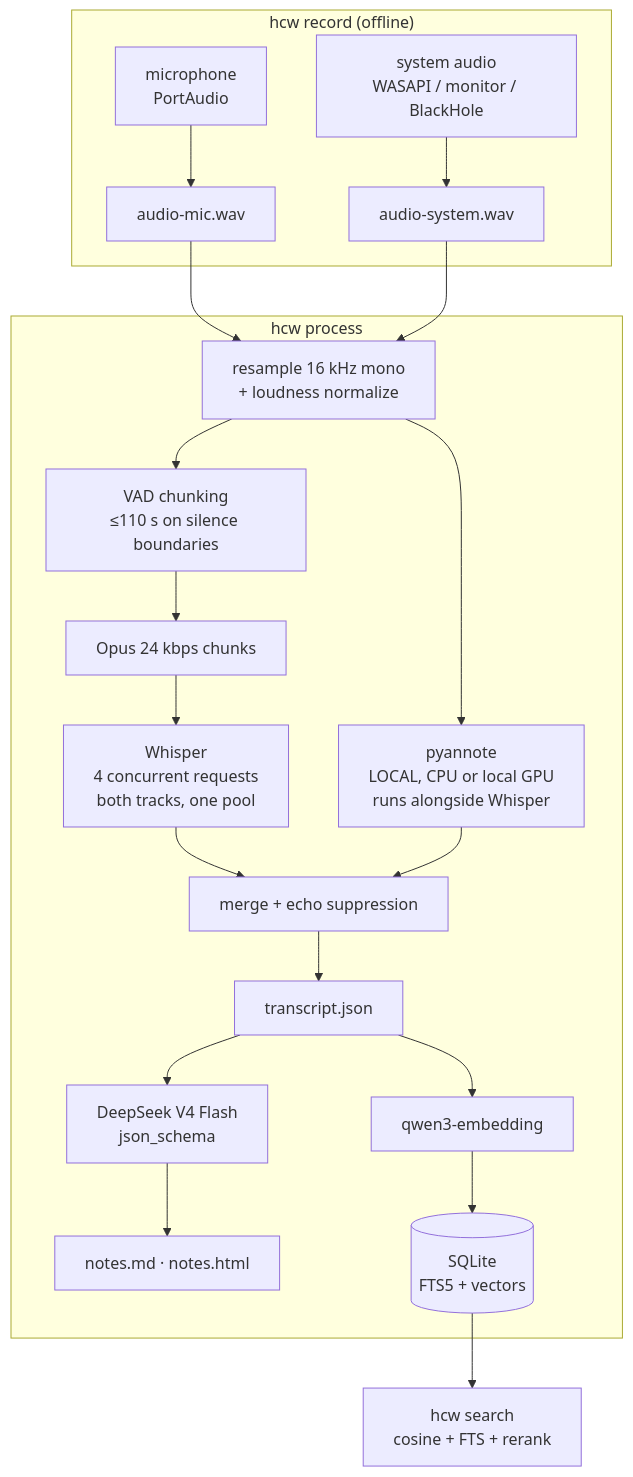
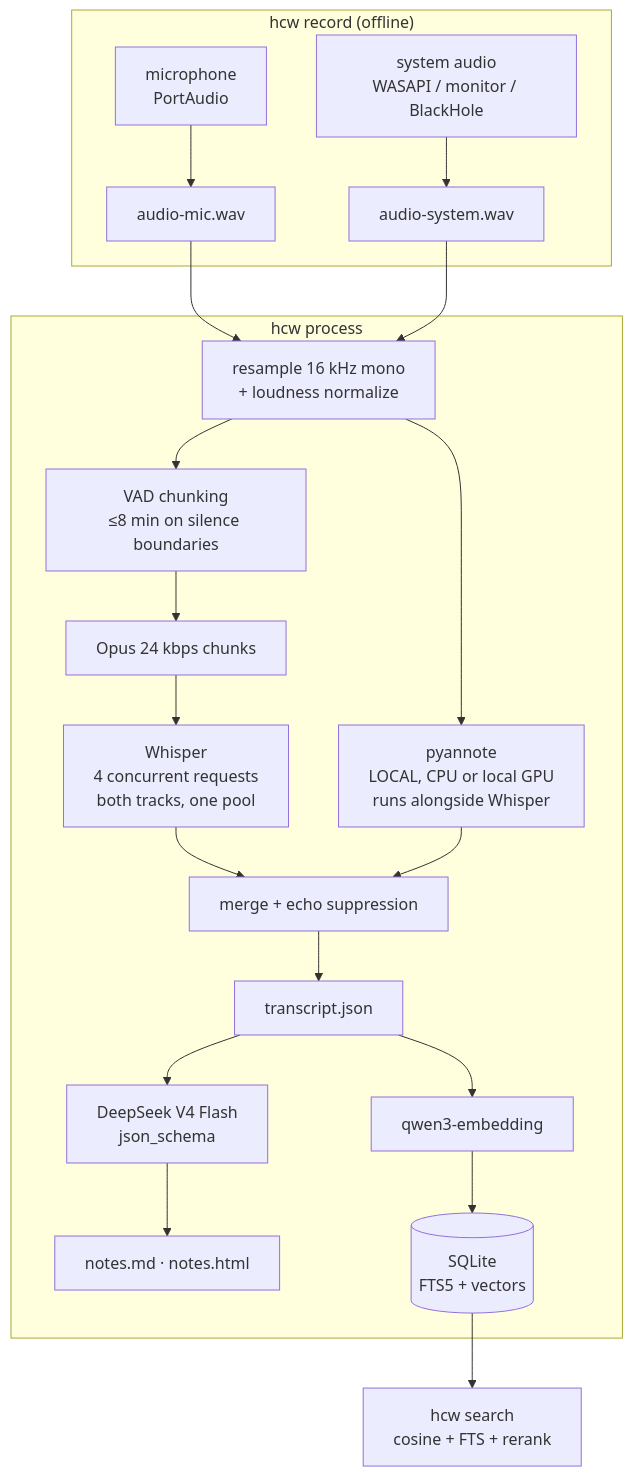
Before and after one commit to helmcode/helmcode-whisper: the diagram in README.md, drawn with Mermaid. The commit also changed other lines of this file and 5 other files, not shown here.

````diff
--- a/README.md
+++ b/README.md
@@ -241,25 +241,25 @@
 ```mermaid
 flowchart TB
     subgraph rec["hcw record (offline)"]
         MIC["microphone<br/>PortAudio"] --> MICWAV["audio-mic.wav"]
         SYS["system audio<br/>WASAPI / monitor / BlackHole"] --> SYSWAV["audio-system.wav"]
     end
 
     subgraph proc["hcw process"]
         MICWAV --> PREP["resample 16 kHz mono<br/>+ loudness normalize"]
         SYSWAV --> PREP
-        PREP --> VAD["VAD chunking<br/>≤110 s on silence boundaries"]
+        PREP --> VAD["VAD chunking<br/>≤8 min on silence boundaries"]
         VAD --> OPUS["Opus 24 kbps chunks"]
         OPUS --> STT["Whisper<br/>4 concurrent requests<br/>both tracks, one pool"]
         PREP --> DIA["pyannote<br/>LOCAL, CPU or local GPU<br/>runs alongside Whisper"]
         STT --> MERGE["merge + echo suppression"]
         DIA --> MERGE
         MERGE --> TRANS["transcript.json"]
         TRANS --> NOTES["DeepSeek V4 Flash<br/>json_schema"]
         TRANS --> EMB["qwen3-embedding"]
         NOTES --> OUT["notes.md · notes.html"]
         EMB --> DB[("SQLite<br/>FTS5 + vectors")]
     end
 
     DB --> SEARCH["hcw search<br/>cosine + FTS + rerank"]
 ```
````
